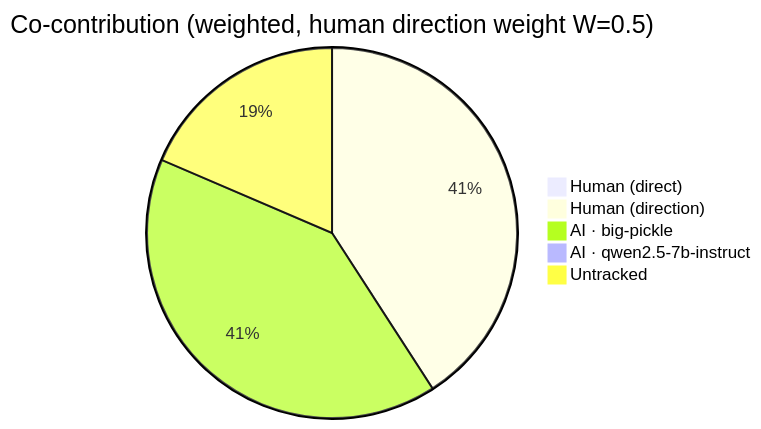
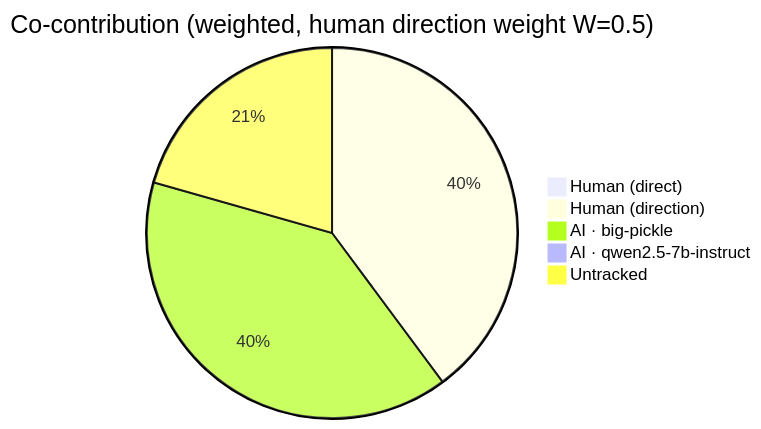
One commit to CaliMark/game-of-life changed the first of 7 diagrams in AI-AUTHORSHIP.md. Above: the diagram before and after it, drawn with Mermaid. The commit also changed other lines of this file and 1 other file, not shown here.

````diff
--- a/AI-AUTHORSHIP.md
+++ b/AI-AUTHORSHIP.md
@@ -23,8 +23,8 @@
 ```mermaid
 pie title Co-contribution (weighted, human direction weight W=0.5)
     "Human (direct)" : 0
-    "Human (direction)" : 293
-    "AI · big-pickle" : 291
+    "Human (direction)" : 292
+    "AI · big-pickle" : 290
     "AI · qwen2.5-7b-instruct" : 1
-    "Untracked" : 133
+    "Untracked" : 151
 ```
````
